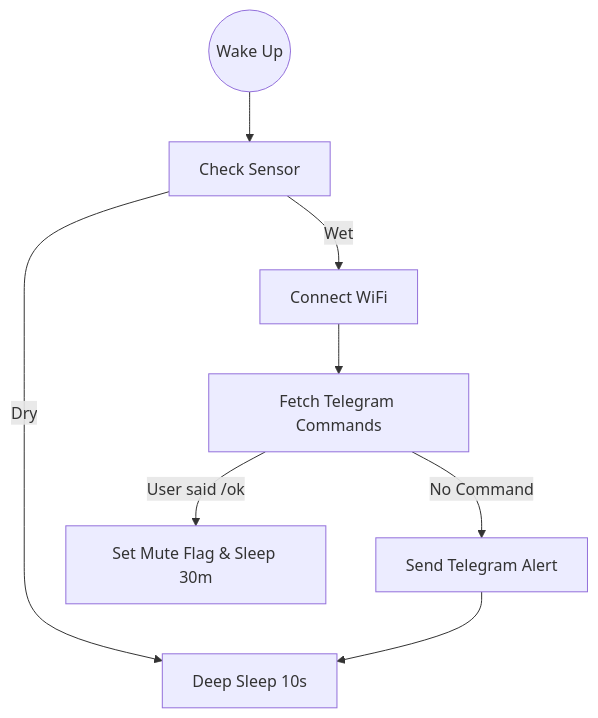
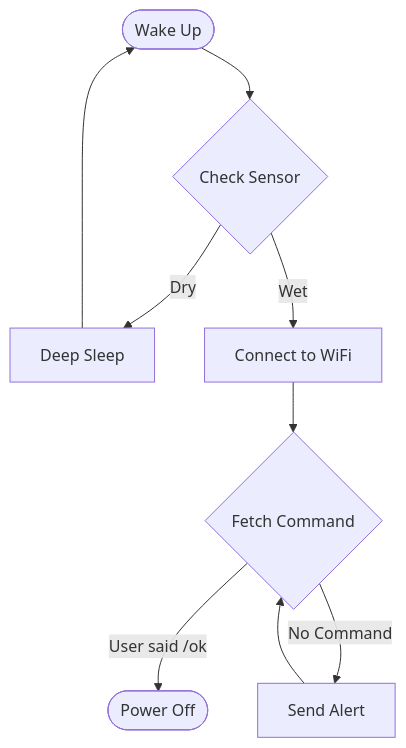
The diagram in README.md (n-laoutaris/rain-alert), drawn with Mermaid before and after one commit. The commit also changed other lines of this file and 5 other files, not shown here.

````diff
--- a/README.md
+++ b/README.md
@@ -33,10 +25,11 @@
 ```mermaid
 graph TD
-    Start((Wake Up)) --> Check[Check Sensor]
-    Check -->|Dry| Sleep[Deep Sleep 10s]
-    Check -->|Wet| Connect[Connect WiFi]
-    Connect --> Fetch[Fetch Telegram Commands]
-    Fetch -->|User said /ok| Mute[Set Mute Flag & Sleep 30m]
-    Fetch -->|No Command| Alert[Send Telegram Alert]
-    Alert --> Sleep
+    Start([Wake Up]) --> Check{Check Sensor}
+    Check -->|Dry| Sleep[Deep Sleep]
+    Check -->|Wet| Connect[Connect to WiFi]
+    Connect --> Fetch{Fetch Command}
+    Fetch -->|User said /ok| Off([Power Off])
+    Fetch -->|No Command| Alert[Send Alert]
+    Alert --> Fetch
+    Sleep --> Start
 ```
````
